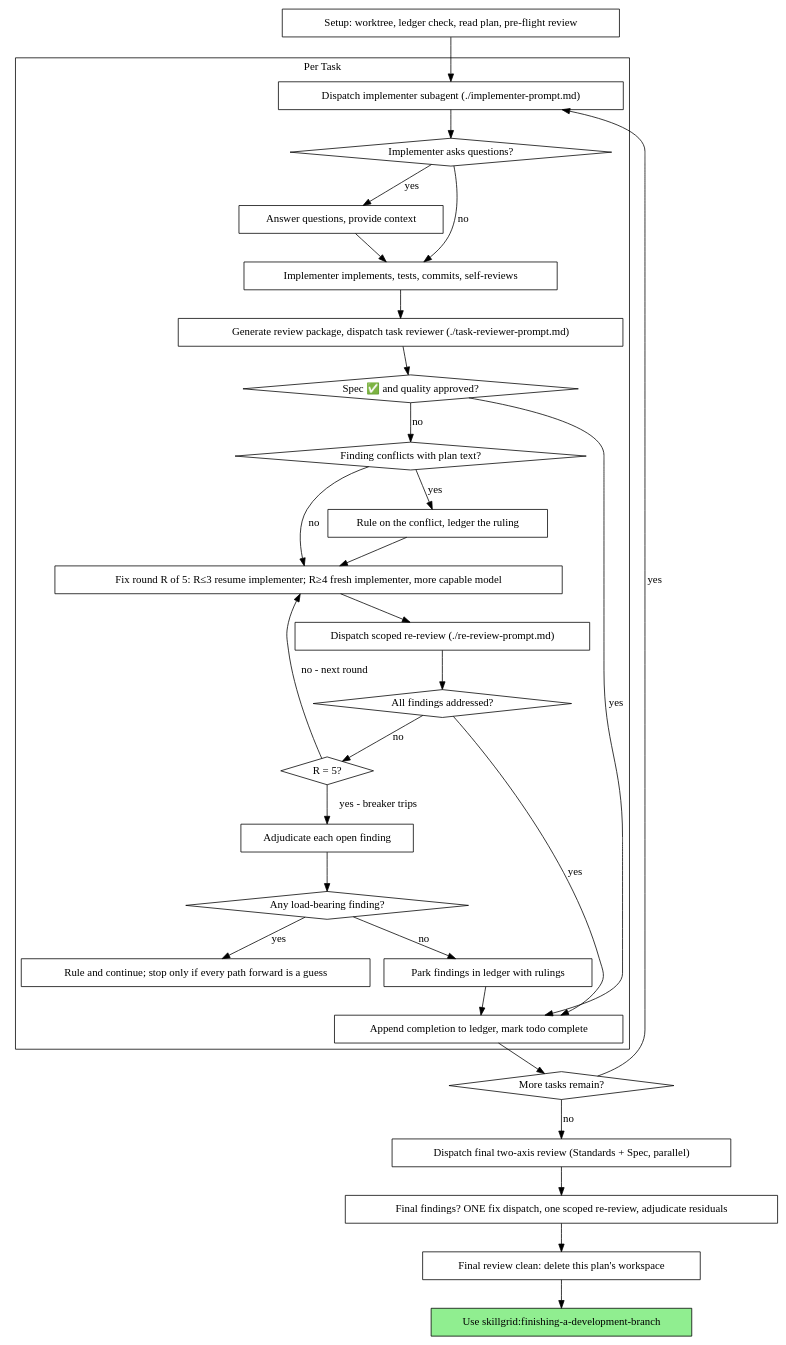
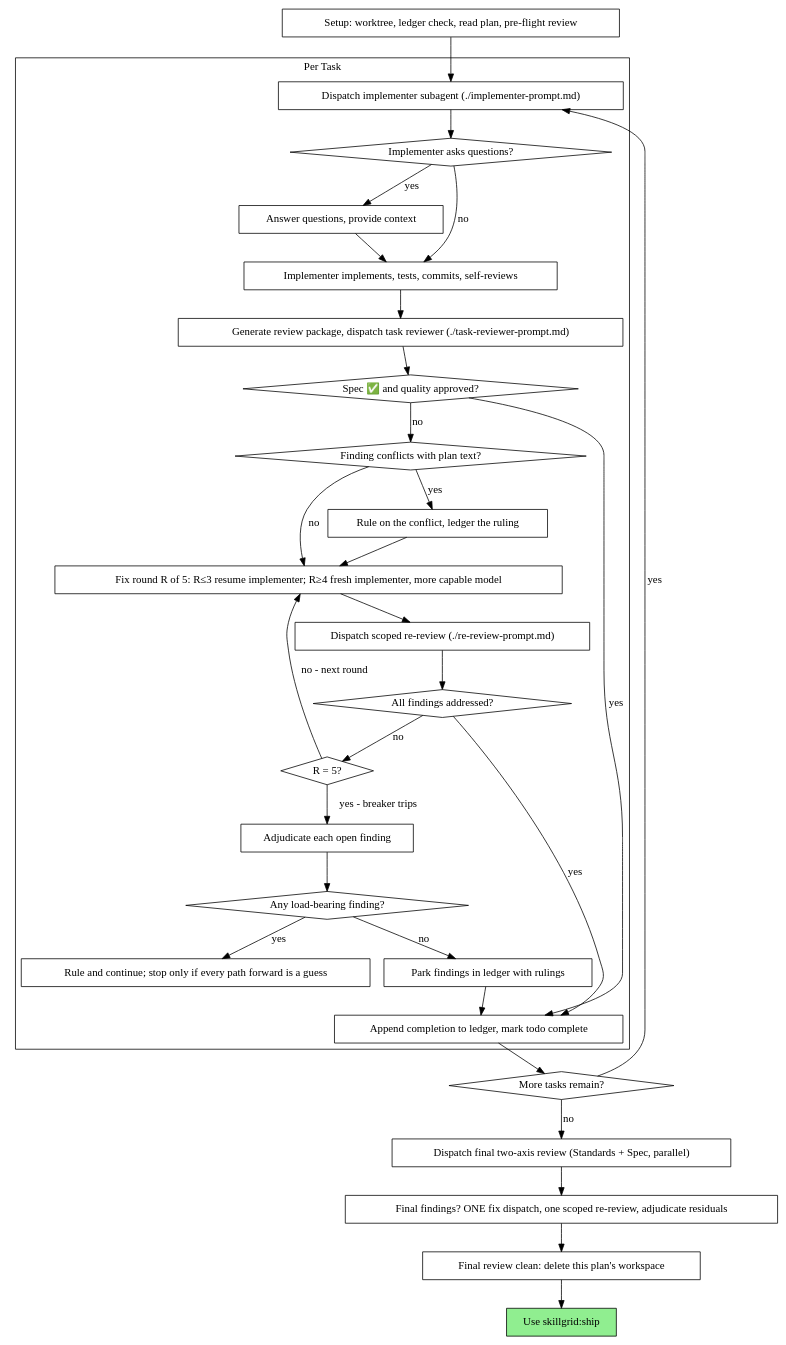
One commit to devopstales/skillgrid changed the second of 2 diagrams in .agents/skills/subagent-execution/SKILL.md. Above: the diagram before and after it, drawn with Graphviz. The commit also changed other lines of this file and 16 other files, not shown here.

````diff
--- a/.agents/skills/subagent-execution/SKILL.md
+++ b/.agents/skills/subagent-execution/SKILL.md
@@ -74,62 +74,62 @@
 ```dot
 digraph process {
     rankdir=TB;
 
     subgraph cluster_per_task {
         label="Per Task";
         "Dispatch implementer subagent (./implementer-prompt.md)" [shape=box];
         "Implementer asks questions?" [shape=diamond];
         "Answer questions, provide context" [shape=box];
         "Implementer implements, tests, commits, self-reviews" [shape=box];
         "Generate review package, dispatch task reviewer (./task-reviewer-prompt.md)" [shape=box];
         "Spec ✅ and quality approved?" [shape=diamond];
         "Finding conflicts with plan text?" [shape=diamond];
         "Rule on the conflict, ledger the ruling" [shape=box];
         "Fix round R of 5: R≤3 resume implementer; R≥4 fresh implementer, more capable model" [shape=box];
         "Dispatch scoped re-review (./re-review-prompt.md)" [shape=box];
         "All findings addressed?" [shape=diamond];
         "R = 5?" [shape=diamond];
         "Adjudicate each open finding" [shape=box];
         "Any load-bearing finding?" [shape=diamond];
         "Rule and continue; stop only if every path forward is a guess" [shape=box];
         "Park findings in ledger with rulings" [shape=box];
         "Append completion to ledger, mark todo complete" [shape=box];
     }
 
     "Setup: worktree, ledger check, read plan, pre-flight review" [shape=box];
     "More tasks remain?" [shape=diamond];
     "Dispatch final two-axis review (Standards + Spec, parallel)" [shape=box];
     "Final findings? ONE fix dispatch, one scoped re-review, adjudicate residuals" [shape=box];
     "Final review clean: delete this plan's workspace" [shape=box];
-    "Use skillgrid:finishing-a-development-branch" [shape=box style=filled fillcolor=lightgreen];
+    "Use skillgrid:ship" [shape=box style=filled fillcolor=lightgreen];
 
     "Setup: worktree, ledger check, read plan, pre-flight review" -> "Dispatch implementer subagent (./implementer-prompt.md)";
     "Dispatch implementer subagent (./implementer-prompt.md)" -> "Implementer asks questions?";
     "Implementer asks questions?" -> "Answer questions, provide context" [label="yes"];
     "Answer questions, provide context" -> "Implementer implements, tests, commits, self-reviews";
     "Implementer asks questions?" -> "Implementer implements, tests, commits, self-reviews" [label="no"];
     "Implementer implements, tests, commits, self-reviews" -> "Generate review package, dispatch task reviewer (./task-reviewer-prompt.md)";
     "Generate review package, dispatch task reviewer (./task-reviewer-prompt.md)" -> "Spec ✅ and quality approved?";
     "Spec ✅ and quality approved?" -> "Append completion to ledger, mark todo complete" [label="yes"];
     "Spec ✅ and quality approved?" -> "Finding conflicts with plan text?" [label="no"];
     "Finding conflicts with plan text?" -> "Rule on the conflict, ledger the ruling" [label="yes"];
     "Rule on the conflict, ledger the ruling" -> "Fix round R of 5: R≤3 resume implementer; R≥4 fresh implementer, more capable model";
     "Finding conflicts with plan text?" -> "Fix round R of 5: R≤3 resume implementer; R≥4 fresh implementer, more capable model" [label="no"];
     "Fix round R of 5: R≤3 resume implementer; R≥4 fresh implementer, more capable model" -> "Dispatch scoped re-review (./re-review-prompt.md)";
     "Dispatch scoped re-review (./re-review-prompt.md)" -> "All findings addressed?";
     "All findings addressed?" -> "Append completion to ledger, mark todo complete" [label="yes"];
     "All findings addressed?" -> "R = 5?" [label="no"];
     "R = 5?" -> "Fix round R of 5: R≤3 resume implementer; R≥4 fresh implementer, more capable model" [label="no - next round"];
     "R = 5?" -> "Adjudicate each open finding" [label="yes - breaker trips"];
     "Adjudicate each open finding" -> "Any load-bearing finding?";
     "Any load-bearing finding?" -> "Rule and continue; stop only if every path forward is a guess" [label="yes"];
     "Any load-bearing finding?" -> "Park findings in ledger with rulings" [label="no"];
     "Park findings in ledger with rulings" -> "Append completion to ledger, mark todo complete";
     "Append completion to ledger, mark todo complete" -> "More tasks remain?";
     "More tasks remain?" -> "Dispatch implementer subagent (./implementer-prompt.md)" [label="yes"];
     "More tasks remain?" -> "Dispatch final two-axis review (Standards + Spec, parallel)" [label="no"];
     "Dispatch final two-axis review (Standards + Spec, parallel)" -> "Final findings? ONE fix dispatch, one scoped re-review, adjudicate residuals";
     "Final findings? ONE fix dispatch, one scoped re-review, adjudicate residuals" -> "Final review clean: delete this plan's workspace";
-    "Final review clean: delete this plan's workspace" -> "Use skillgrid:finishing-a-development-branch";
+    "Final review clean: delete this plan's workspace" -> "Use skillgrid:ship";
 }
 ```
````
